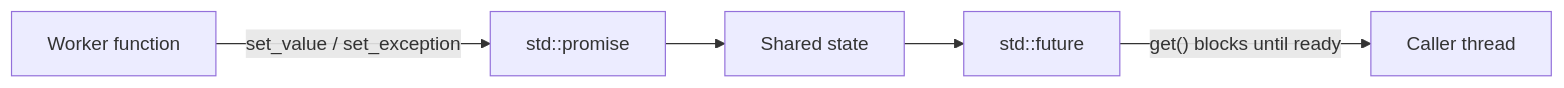
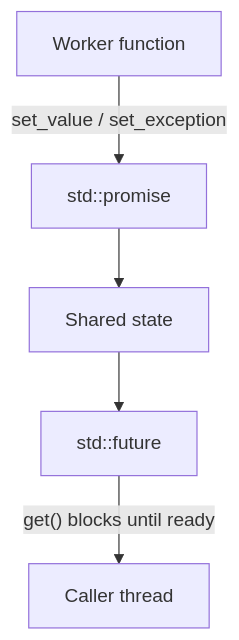
One commit to e-choness/portfolio-site changed the fourth of 4 diagrams in _posts/2024-06-19-modern-intro-cpp-multithreading.md. Above: the diagram before and after it, drawn with Mermaid. The commit also changed 22 other files, not shown here.

Commit message:
improve diagram display

````diff
--- a/_posts/2024-06-19-modern-intro-cpp-multithreading.md
+++ b/_posts/2024-06-19-modern-intro-cpp-multithreading.md
@@ -303,7 +303,7 @@
 ```mermaid
-graph LR
+graph TD
     A[Worker function] -->|set_value / set_exception| B[std::promise]
     B --> C[Shared state]
     C --> D[std::future]
     D -->|"get() blocks until ready"| E[Caller thread]
 ```
````
